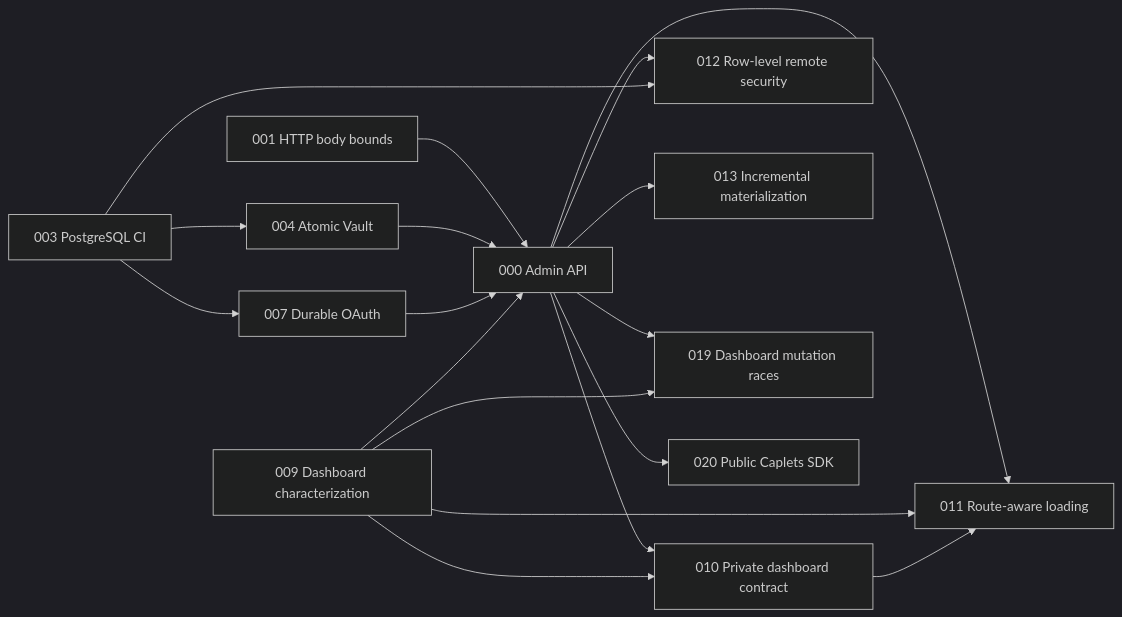
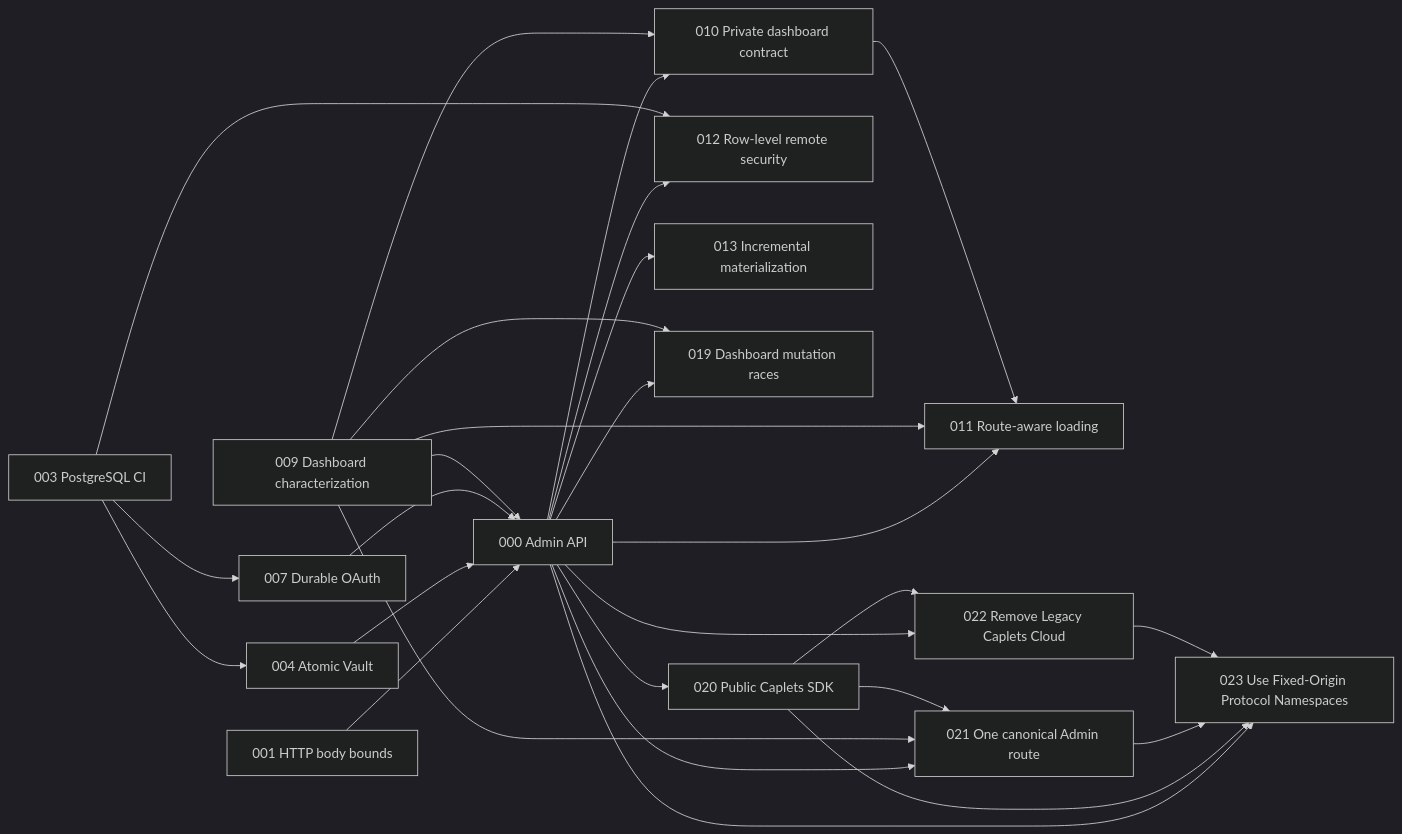
One commit to spiritledsoftware/caplets changed the diagram in docs/plans/README.md. Above: the diagram before and after it, drawn with Mermaid (dark theme). The commit also changed other lines of this file and 265 other files, not shown here.

````diff
--- a/docs/plans/README.md
+++ b/docs/plans/README.md
@@ -49,20 +52,29 @@
 ```mermaid
 graph LR
   P001[001 HTTP body bounds] --> P000[000 Admin API]
   P003[003 PostgreSQL CI] --> P004[004 Atomic Vault]
   P003 --> P007[007 Durable OAuth]
   P004 --> P000
   P007 --> P000
   P009[009 Dashboard characterization] --> P000
   P000 --> P010[010 Private dashboard contract]
   P000 --> P011[011 Route-aware loading]
   P009 --> P010
   P009 --> P011
   P010 --> P011
   P000 --> P012[012 Row-level remote security]
   P003 --> P012
   P000 --> P013[013 Incremental materialization]
   P000 --> P019[019 Dashboard mutation races]
   P009 --> P019
   P000 --> P020[020 Public Caplets SDK]
+  P000 --> P021[021 One canonical Admin route]
+  P009 --> P021
+  P020 --> P021
+  P000 --> P022[022 Remove Legacy Caplets Cloud]
+  P020 --> P022
+  P000 --> P023[023 Use Fixed-Origin Protocol Namespaces]
+  P020 --> P023
+  P021 --> P023
+  P022 --> P023
 ```
````
